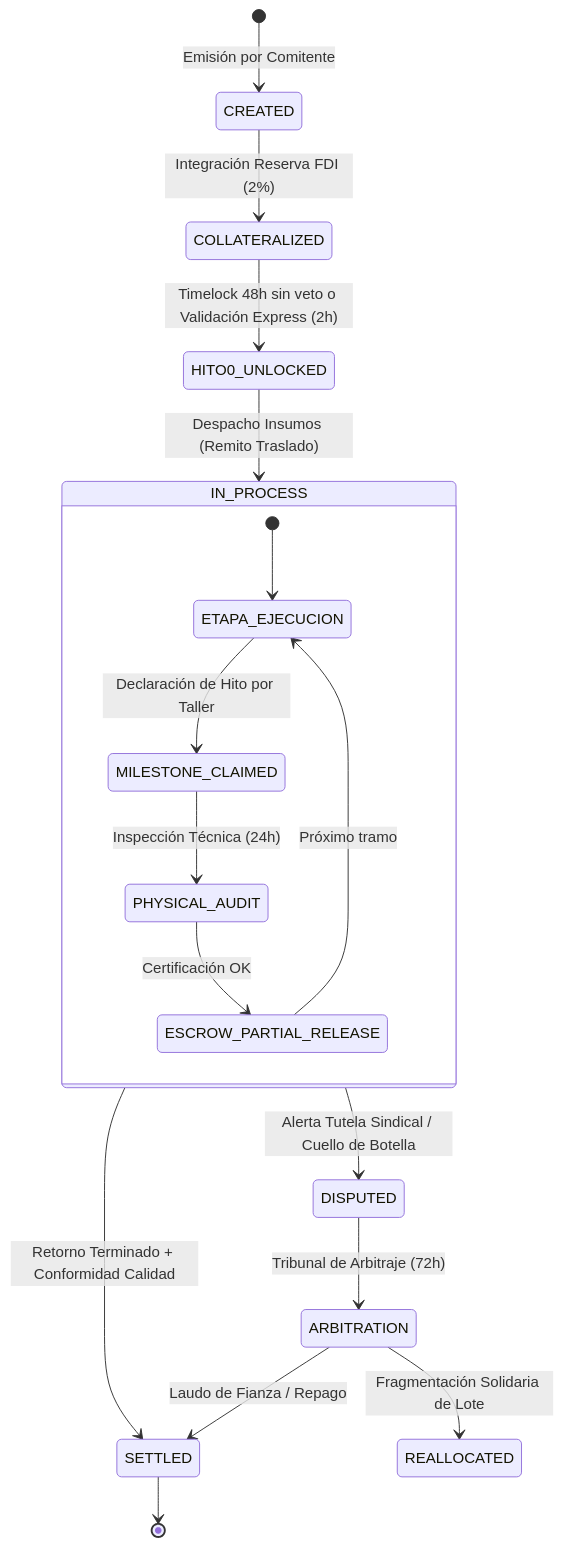
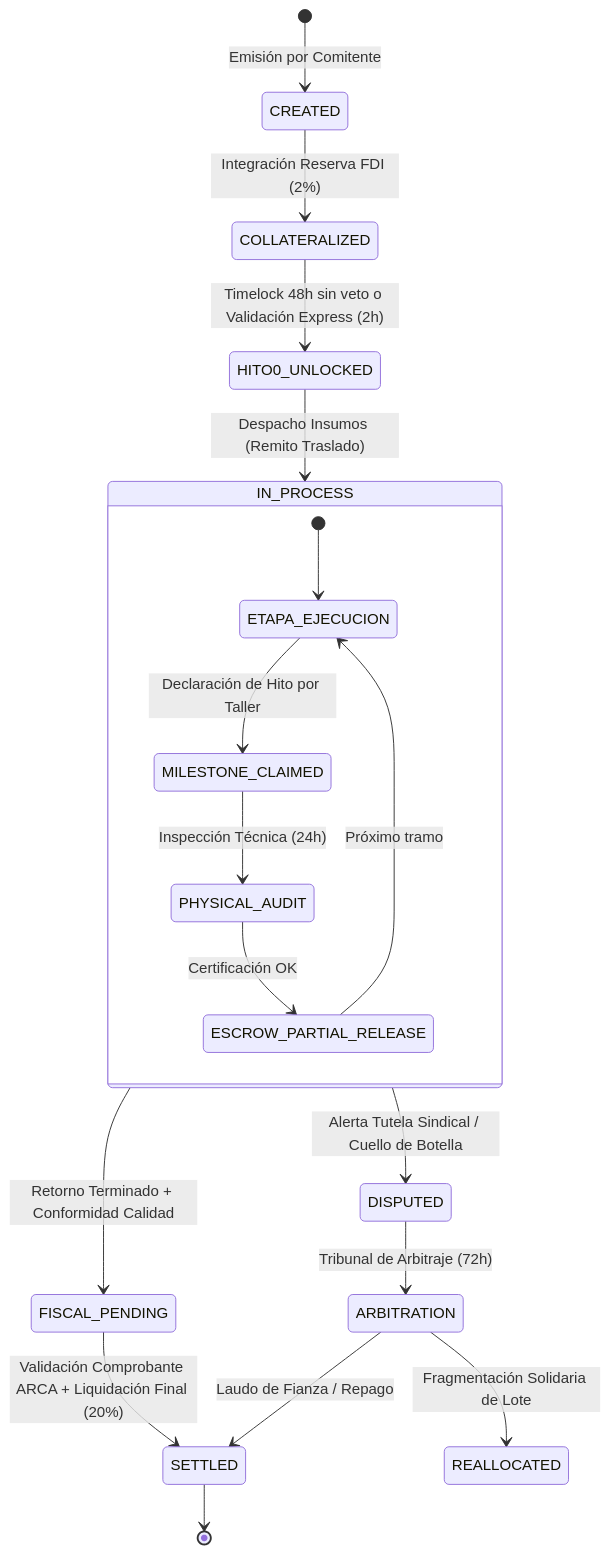
Before and after one commit to sarthouse/indinopy: the third of 6 diagrams in docs/paper_protocolo_eop_gobernanza_industrial.md, drawn with Mermaid. The commit also changed other lines of this file and 12 other files, not shown here.

````diff
--- a/docs/paper_protocolo_eop_gobernanza_industrial.md
+++ b/docs/paper_protocolo_eop_gobernanza_industrial.md
@@ -184,23 +184,24 @@
 ```mermaid
 stateDiagram-v2
     [*] --> CREATED: Emisión por Comitente
     CREATED --> COLLATERALIZED: Integración Reserva FDI (2%)
     COLLATERALIZED --> HITO0_UNLOCKED: Timelock 48h sin veto o Validación Express (2h)
     HITO0_UNLOCKED --> IN_PROCESS: Despacho Insumos (Remito Traslado)
     
     state IN_PROCESS {
         [*] --> ETAPA_EJECUCION
         ETAPA_EJECUCION --> MILESTONE_CLAIMED: Declaración de Hito por Taller
         MILESTONE_CLAIMED --> PHYSICAL_AUDIT: Inspección Técnica (24h)
         PHYSICAL_AUDIT --> ESCROW_PARTIAL_RELEASE: Certificación OK
         ESCROW_PARTIAL_RELEASE --> ETAPA_EJECUCION: Próximo tramo
     }
     
-    IN_PROCESS --> SETTLED: Retorno Terminado + Conformidad Calidad
+    IN_PROCESS --> FISCAL_PENDING: Retorno Terminado + Conformidad Calidad
+    FISCAL_PENDING --> SETTLED: Validación Comprobante ARCA + Liquidación Final (20%)
     IN_PROCESS --> DISPUTED: Alerta Tutela Sindical / Cuello de Botella
     
     DISPUTED --> ARBITRATION: Tribunal de Arbitraje (72h)
     ARBITRATION --> REALLOCATED: Fragmentación Solidaria de Lote
     ARBITRATION --> SETTLED: Laudo de Fianza / Repago
     SETTLED --> [*]
 ```
````
